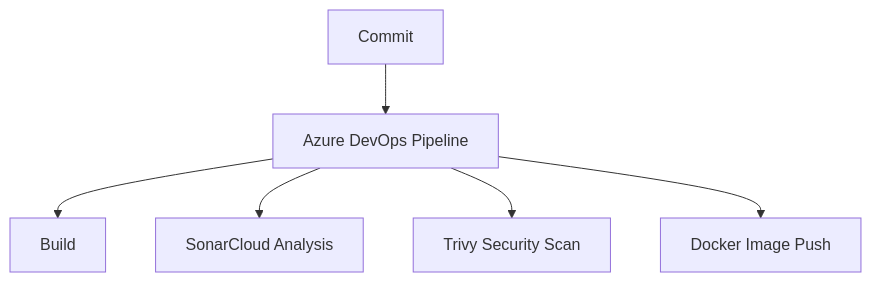
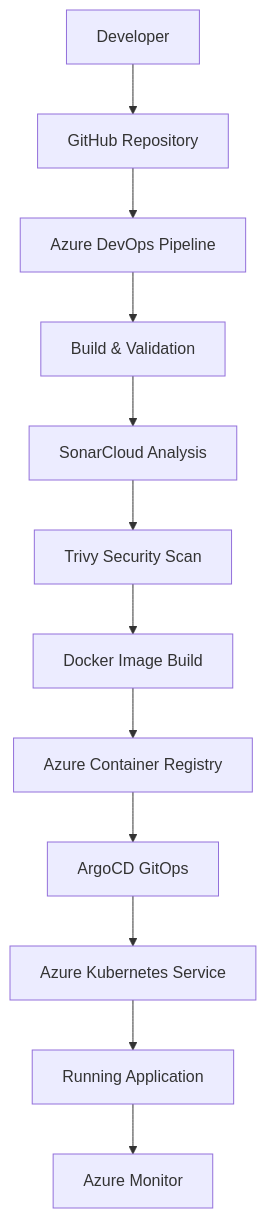
The sixth of 29 diagrams in README.md (bymalathi/flavorforge-azure-devsecops-capstone), drawn with Mermaid before and after one commit. The commit also changed other lines of this file, not shown here.

````diff
--- a/README.md
+++ b/README.md
@@ -289,12 +287,27 @@
 ```mermaid
 flowchart TD
-    A[Commit]
-    B[Azure DevOps Pipeline]
+    A[Developer]
+    B[GitHub Repository]
+    C[Azure DevOps Pipeline]
+    D[Build & Validation]
+    E[SonarCloud Analysis]
+    F[Trivy Security Scan]
+    G[Docker Image Build]
+    H[Azure Container Registry]
+    I[ArgoCD GitOps]
+    J[Azure Kubernetes Service]
+    K[Running Application]
+    L[Azure Monitor]
 
     A --> B
-
-    B --> C[Build]
-    B --> D[SonarCloud Analysis]
-    B --> E[Trivy Security Scan]
-    B --> F[Docker Image Push]
+    B --> C
+    C --> D
+    D --> E
+    E --> F
+    F --> G
+    G --> H
+    H --> I
+    I --> J
+    J --> K
+    K --> L
 ```
````
